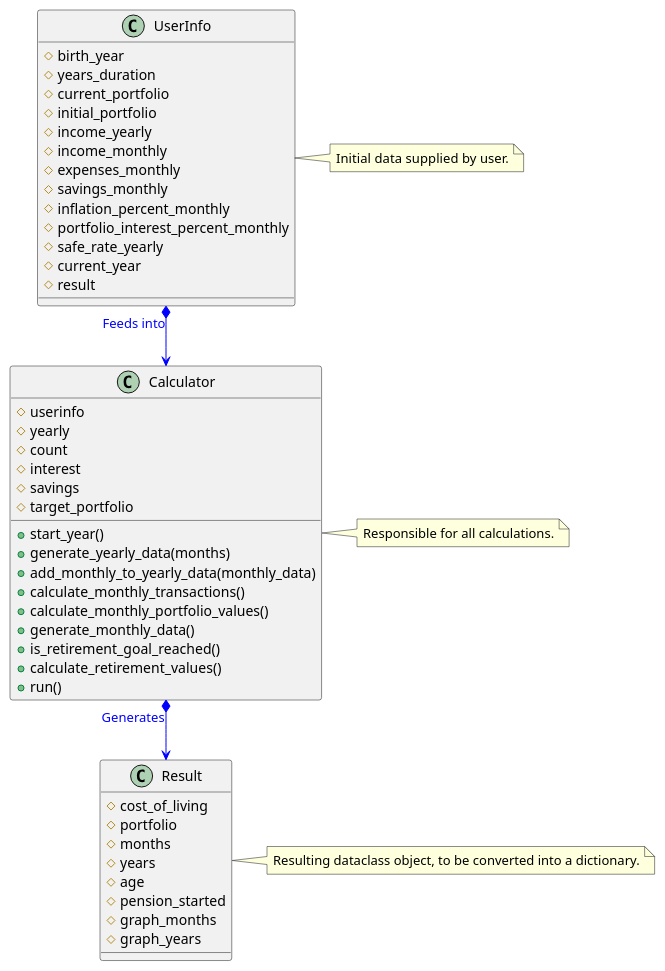
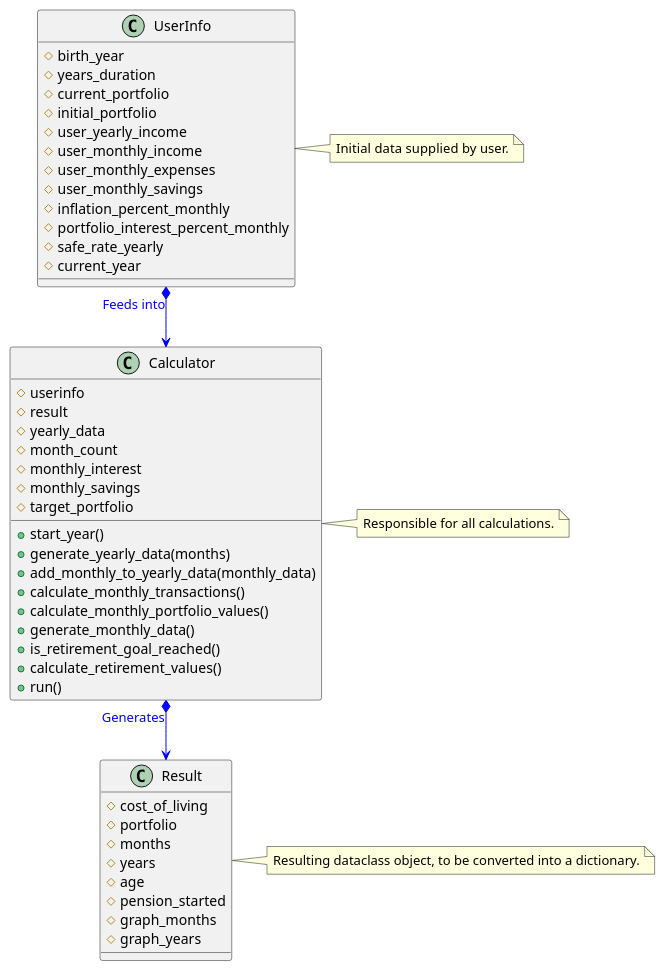
The diagram in docs/UML_classdiagram.md (thijsh/fires.watch), drawn with PlantUML before and after one commit.

Commit message:
Update UML class diagram

````diff
--- a/docs/UML_classdiagram.md
+++ b/docs/UML_classdiagram.md
@@ -3,59 +3,59 @@
 ```plantuml
 @startuml
 
 class Result {
     # cost_of_living
     # portfolio
     # months
     # years
     # age
     # pension_started
     # graph_months
     # graph_years
 }
 
 class UserInfo {
     # birth_year
     # years_duration
     # current_portfolio
     # initial_portfolio
-    # income_yearly
-    # income_monthly
-    # expenses_monthly
-    # savings_monthly
+    # user_yearly_income
+    # user_monthly_income
+    # user_monthly_expenses
+    # user_monthly_savings
     # inflation_percent_monthly
     # portfolio_interest_percent_monthly
     # safe_rate_yearly
     # current_year
-    # result
 }
 
 class Calculator {
     # userinfo
-    # yearly
-    # count
-    # interest
-    # savings
+    # result
+    # yearly_data
+    # month_count
+    # monthly_interest
+    # monthly_savings
     # target_portfolio
     + start_year()
     + generate_yearly_data(months)
     + add_monthly_to_yearly_data(monthly_data)
     + calculate_monthly_transactions()
     + calculate_monthly_portfolio_values()
     + generate_monthly_data()
     + is_retirement_goal_reached()
     + calculate_retirement_values()
     + run()
 }
 
 note right of UserInfo: Initial data supplied by user.
 
 note right of Calculator: Responsible for all calculations.
 
 note right of Result: Resulting dataclass object, to be converted into a dictionary.
 
 UserInfo "Feeds into" *--> Calculator #line:blue;text:blue
 Calculator "Generates" *--> Result #line:blue;text:blue
 
 @enduml
 ```
````
